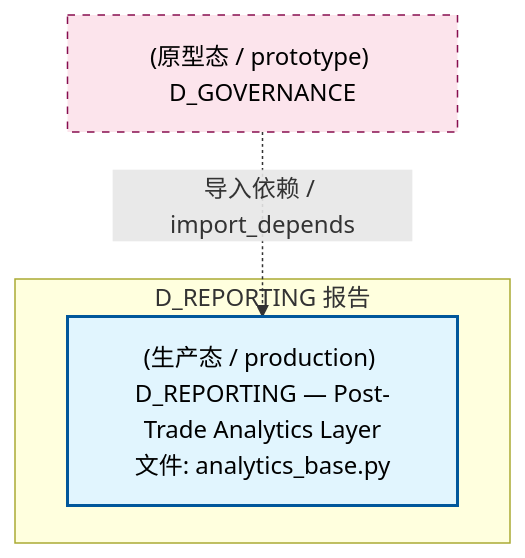
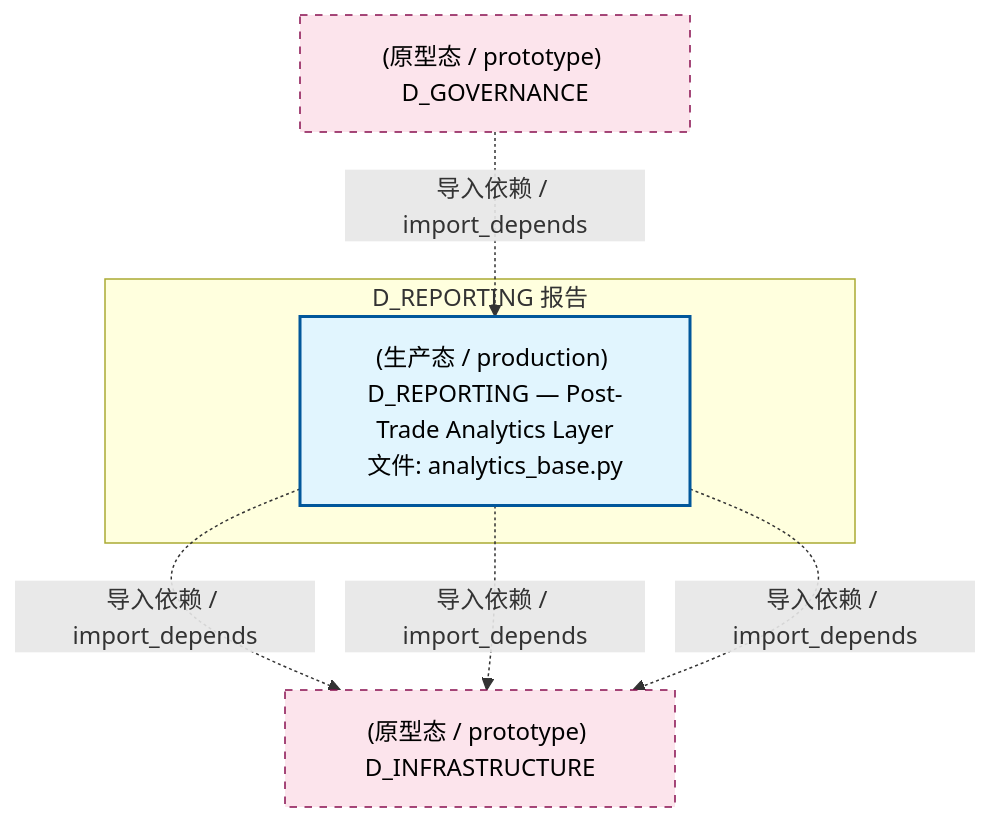
Before and after one commit to xuanFelixVan/ZephyrAlpha: the second of 4 diagrams in docs/02_enterprise_architecture/02_domain_architecture_docs/21_d_reporting.md, drawn with Mermaid. The commit also changed other lines of this file and 112 other files, not shown here.

````diff
--- a/docs/02_enterprise_architecture/02_domain_architecture_docs/21_d_reporting.md
+++ b/docs/02_enterprise_architecture/02_domain_architecture_docs/21_d_reporting.md
@@ -108,14 +115,18 @@
 ```mermaid
 graph TD
     subgraph D_REPORTING["D_REPORTING 报告"]
         src_zephyr_reporting_analytics_base_py["(生产态 / production) D_REPORTING — Post-Trade Analytics Layer<br/>文件: analytics_base.py"]
     end
+    D_INFRASTRUCTURE["(原型态 / prototype) D_INFRASTRUCTURE"]
+    src_zephyr_reporting_analytics_base_py -.->|导入依赖 / import_depends| D_INFRASTRUCTURE
+    src_zephyr_reporting_analytics_base_py -.->|导入依赖 / import_depends| D_INFRASTRUCTURE
+    src_zephyr_reporting_analytics_base_py -.->|导入依赖 / import_depends| D_INFRASTRUCTURE
     D_GOVERNANCE["(原型态 / prototype) D_GOVERNANCE"]
     D_GOVERNANCE -.->|导入依赖 / import_depends| src_zephyr_reporting_analytics_base_py
     classDef production fill:#e1f5fe,stroke:#01579b,stroke-width:2px,color:#000
     classDef design fill:#fff3e0,stroke:#e65100,stroke-width:2px,color:#000,stroke-dasharray: 5 5
     classDef external_prod fill:#e8f5e9,stroke:#1b5e20,stroke-width:1px,color:#000
     classDef external_design fill:#fce4ec,stroke:#880e4f,stroke-width:1px,color:#000,stroke-dasharray: 5 5
     class src_zephyr_reporting_analytics_base_py production
-    class D_GOVERNANCE external_design
+    class D_INFRASTRUCTURE,D_GOVERNANCE external_design
 ```
````
